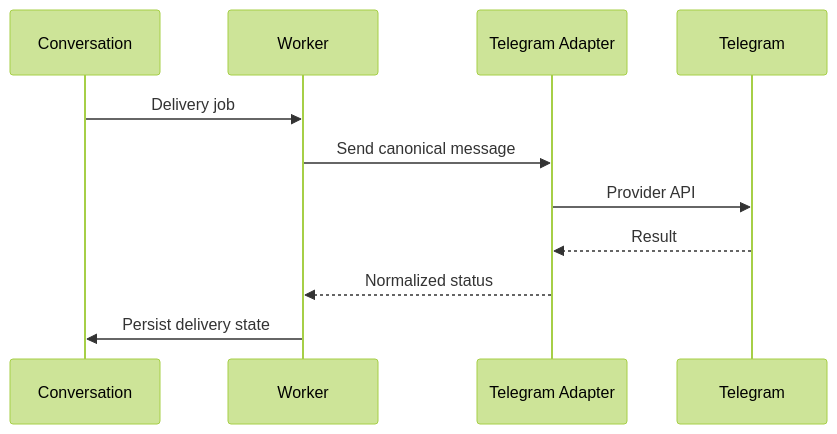
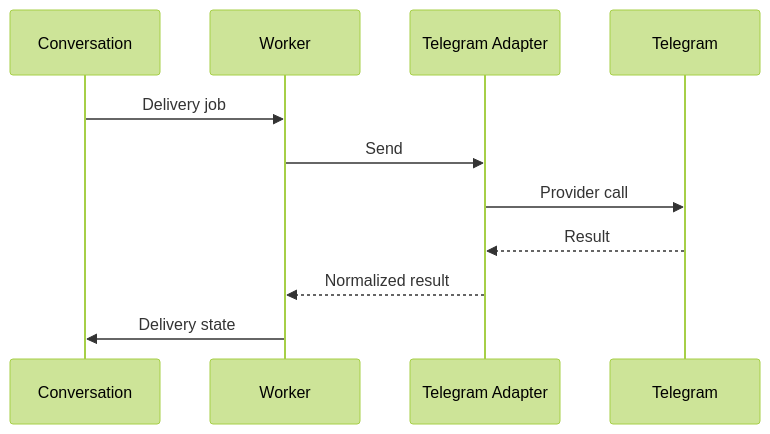
Before and after one commit to D-engahmed/OMILINKS: the second of 2 diagrams in docs/integrations/telegram.md, drawn with Mermaid (forest theme). The commit also changed other lines of this file and 3 other files, not shown here.

```diff
--- a/docs/integrations/telegram.md
+++ b/docs/integrations/telegram.md
@@ -73,13 +63,13 @@
 ~~~mermaid
 sequenceDiagram
-    participant C as Conversation
-    participant Q as Worker
-    participant A as Telegram Adapter
-    participant P as Telegram
-    C->>Q: Delivery job
-    Q->>A: Send canonical message
-    A->>P: Provider API
-    P-->>A: Result
-    A-->>Q: Normalized status
-    Q->>C: Persist delivery state
+participant C as Conversation
+participant Q as Worker
+participant A as Telegram Adapter
+participant P as Telegram
+C->>Q: Delivery job
+Q->>A: Send
+A->>P: Provider call
+P-->>A: Result
+A-->>Q: Normalized result
+Q->>C: Delivery state
 ~~~
```
